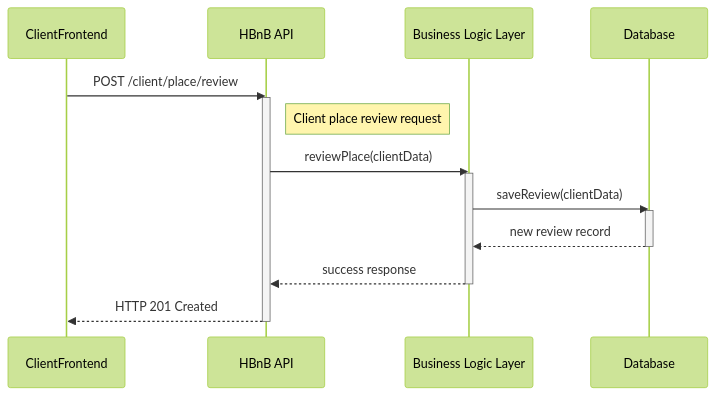
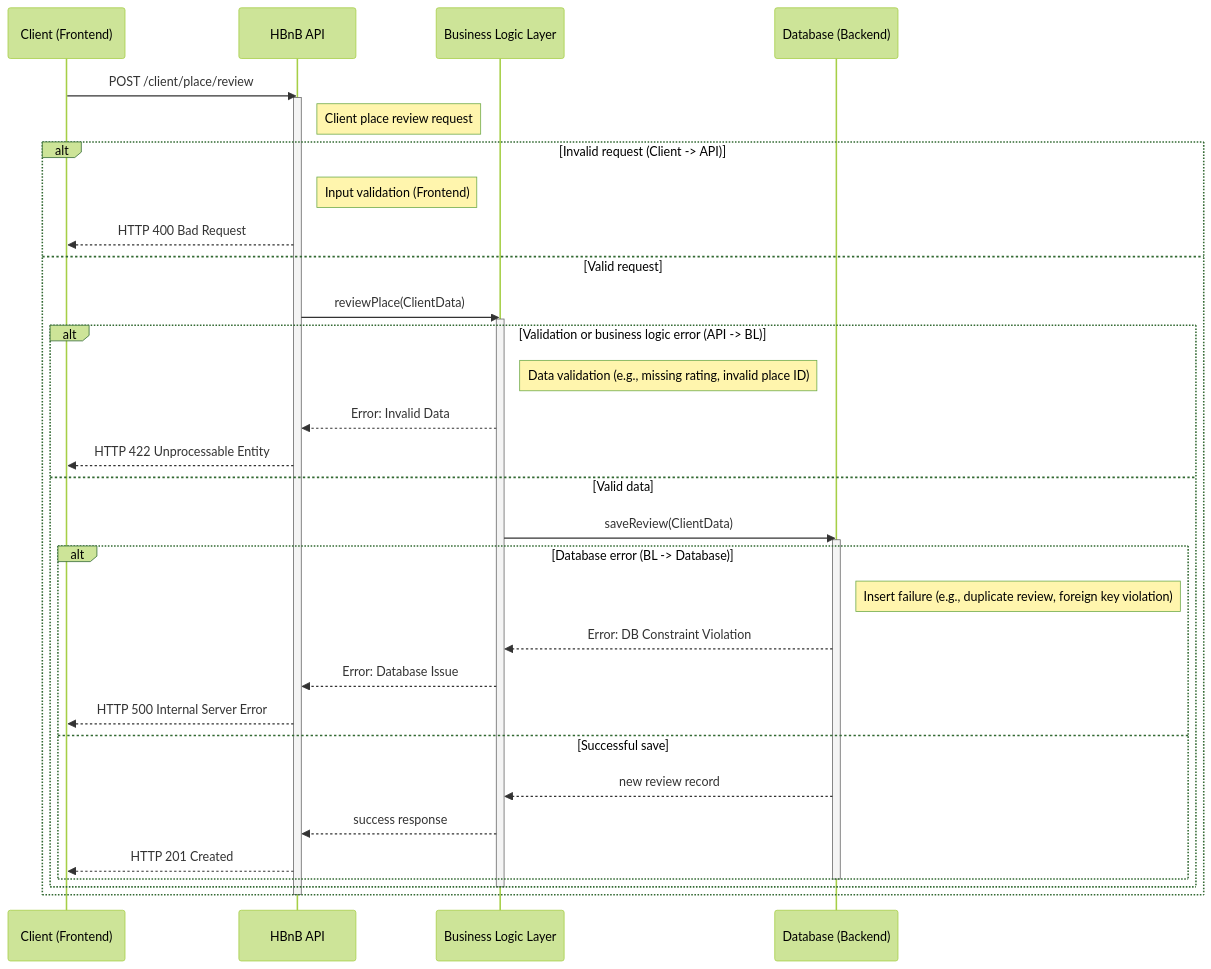
One commit to Mathieu7483/holbertonschool-hbnb changed the fifth of 6 diagrams in part1/HBnB_Description_Notes.md. Above: the diagram before and after it, drawn with Mermaid (forest theme). The commit also changed other lines of this file, not shown here.

Commit message:
Refactor participant names in sequence diagrams

````diff
--- a/part1/HBnB_Description_Notes.md
+++ b/part1/HBnB_Description_Notes.md
@@ -356,26 +394,42 @@
 ```mermaid
 sequenceDiagram
-    participant Client as ClientFrontend
+    participant Client as Client (Frontend)
     participant API as HBnB API
     participant BL as Business Logic Layer
-    participant DB as Database
+    participant Database as Database (Backend)
 
     Client->>API: POST /client/place/review
     activate API
     Note right of API: Client place review request
 
-    API->>BL: reviewPlace(clientData)
-    activate BL
+    alt Invalid request (Client -> API)
+        Note right of API: Input validation (Frontend)
+        API-->>Client: HTTP 400 Bad Request
+    else Valid request
+        API->>BL: reviewPlace(ClientData)
+        activate BL
 
-    BL->>DB: saveReview(clientData)
-    activate DB
+        alt Validation or business logic error (API -> BL)
+            Note right of BL: Data validation (e.g., missing rating, invalid place ID)
+            BL-->>API: Error: Invalid Data
+            API-->>Client: HTTP 422 Unprocessable Entity
+        else Valid data
+            BL->>Database: saveReview(ClientData)
+            activate Database
 
-    DB-->>BL: new review record
-    deactivate DB
-
-    BL-->>API: success response
-    deactivate BL
-
-    API-->>Client: HTTP 201 Created
+            alt Database error (BL -> Database)
+                Note right of Database: Insert failure (e.g., duplicate review, foreign key violation)
+                Database-->>BL: Error: DB Constraint Violation
+                BL-->>API: Error: Database Issue
+                API-->>Client: HTTP 500 Internal Server Error
+            else Successful save
+                Database-->>BL: new review record
+                BL-->>API: success response
+                API-->>Client: HTTP 201 Created
+            end
+            deactivate Database
+        end
+        deactivate BL
+    end
     deactivate API
 ```
````
